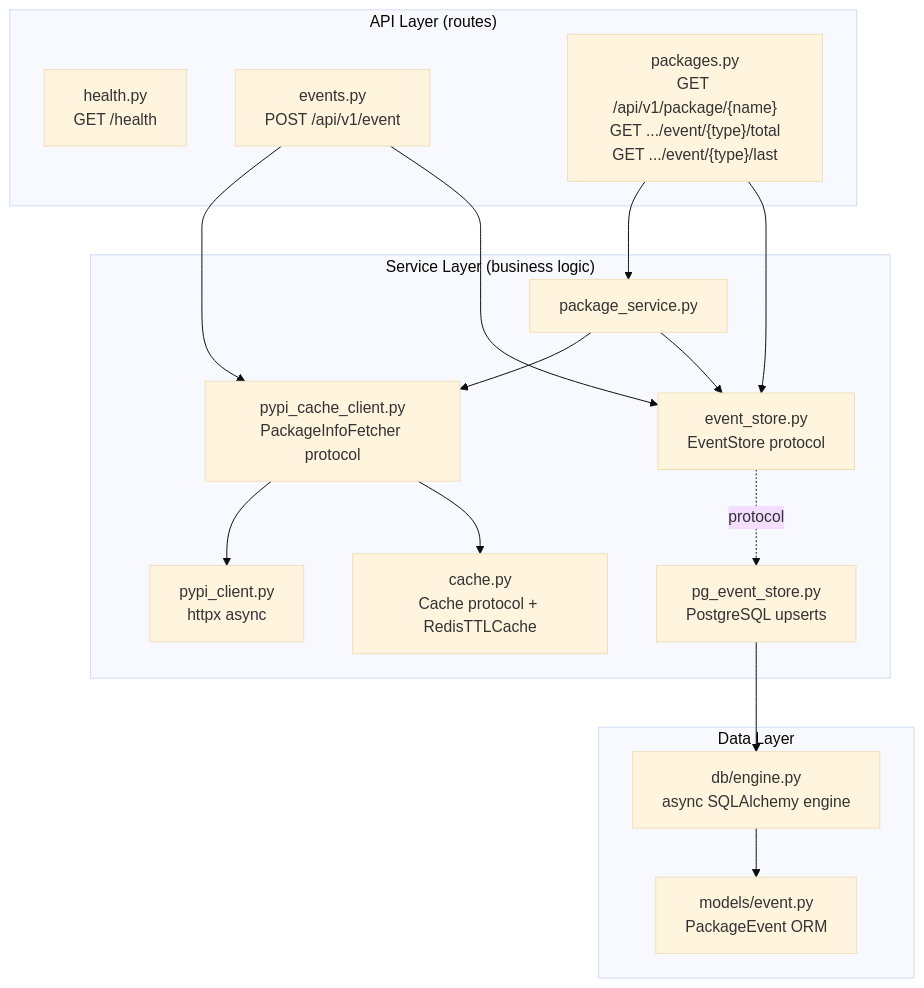
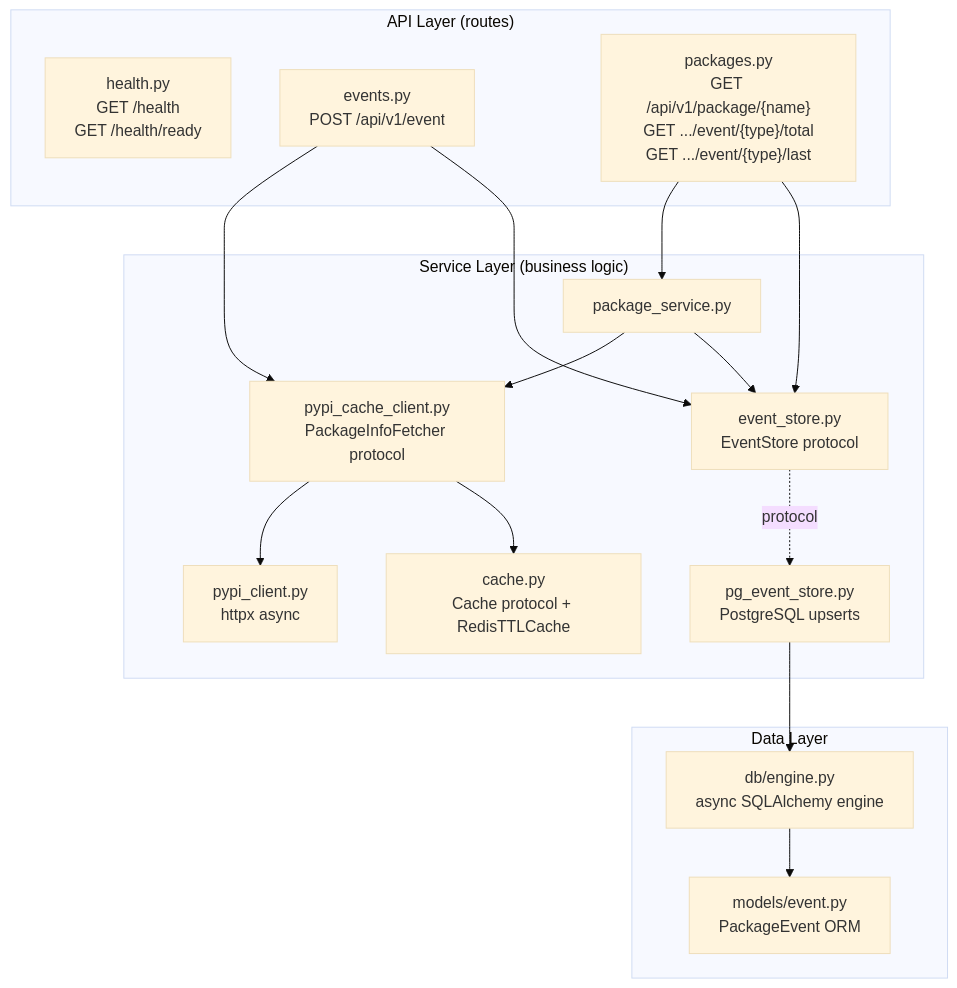
The second of 6 diagrams in docs/architecture.md (safa0/kingpi-server), drawn with Mermaid (base theme) before and after one commit. The commit also changed other lines of this file and 1 other file, not shown here.

First line of the commit message:
docs: update docs for /health/ready endpoint

````diff
--- a/docs/architecture.md
+++ b/docs/architecture.md
@@ -21,34 +21,34 @@
 ```mermaid
 graph TD
     subgraph API["API Layer (routes)"]
-        health["health.py<br/>GET /health"]
+        health["health.py<br/>GET /health<br/>GET /health/ready"]
         events["events.py<br/>POST /api/v1/event"]
         packages["packages.py<br/>GET /api/v1/package/{name}<br/>GET .../event/{type}/total<br/>GET .../event/{type}/last"]
     end
 
     subgraph Services["Service Layer (business logic)"]
         pkg_svc["package_service.py"]
         cache_client["pypi_cache_client.py<br/>PackageInfoFetcher protocol"]
         pypi_client["pypi_client.py<br/>httpx async"]
         cache["cache.py<br/>Cache protocol + RedisTTLCache"]
         event_store["event_store.py<br/>EventStore protocol"]
         pg_store["pg_event_store.py<br/>PostgreSQL upserts"]
     end
 
     subgraph Data["Data Layer"]
         engine["db/engine.py<br/>async SQLAlchemy engine"]
         model["models/event.py<br/>PackageEvent ORM"]
     end
 
     events --> cache_client
     events --> event_store
     packages --> pkg_svc
     packages --> event_store
     pkg_svc --> cache_client
     pkg_svc --> event_store
     cache_client --> pypi_client
     cache_client --> cache
     event_store -.->|protocol| pg_store
     pg_store --> engine
     engine --> model
 ```
````
